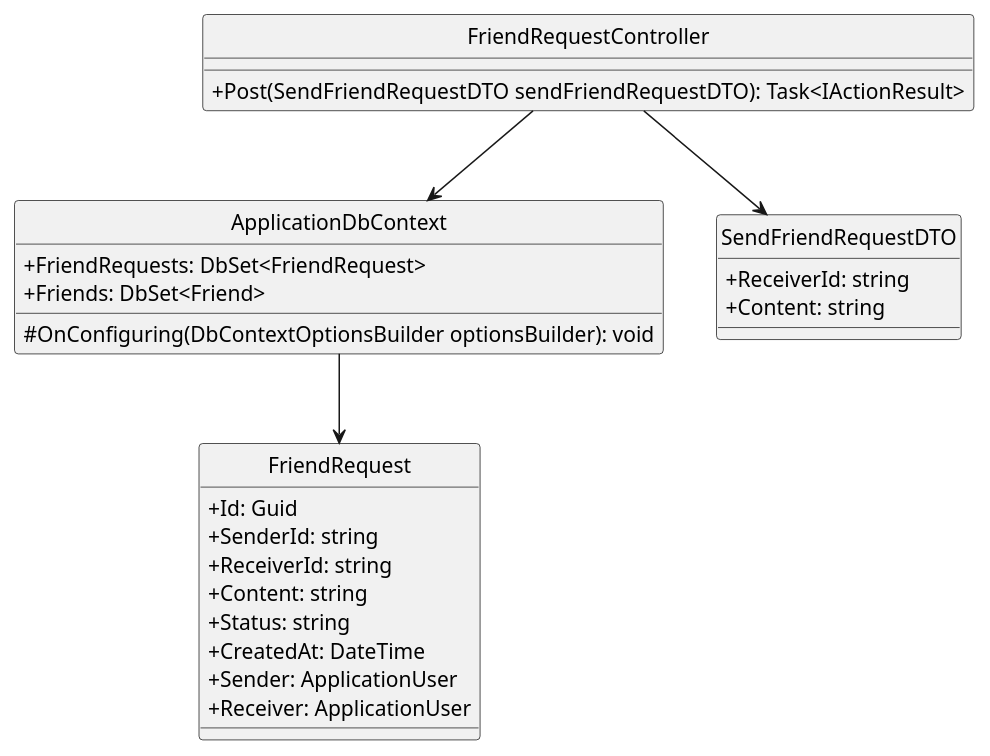
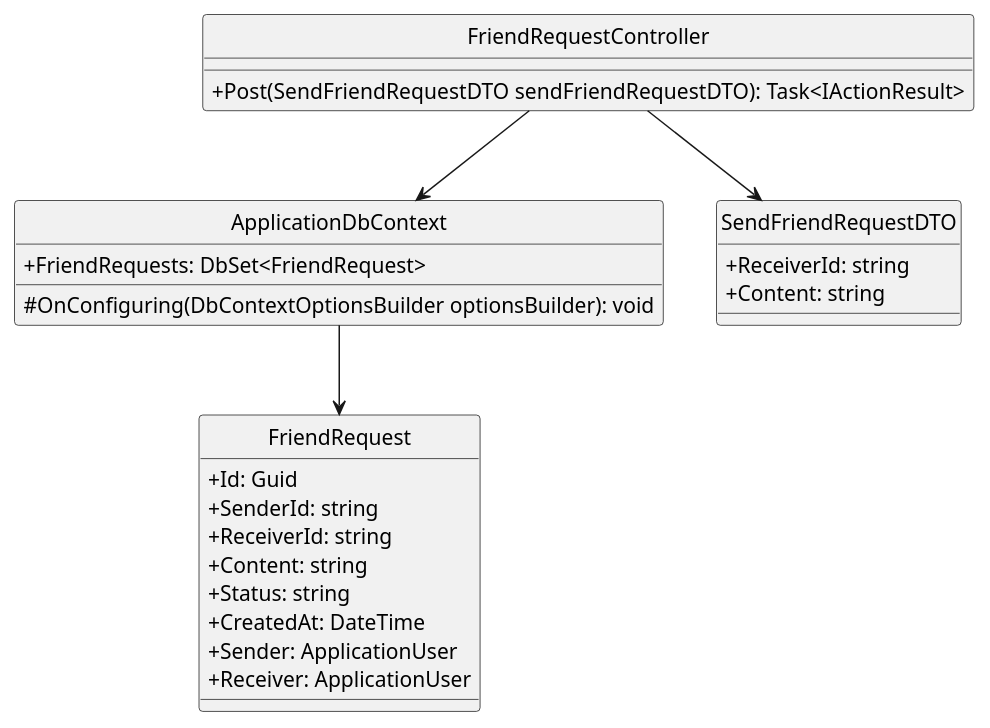
Before and after one commit to Carl-Johnsons/Chat-Application: the diagram in docs/Class Diagram/Identity/SendFriendRequest/ClassDiagram.plantuml, drawn with PlantUML. The commit also changed 11 other files, not shown here.

Commit message:
Complete Identity Service class Diagram

```diff
--- a/docs/Class Diagram/Identity/SendFriendRequest/ClassDiagram.plantuml
+++ b/docs/Class Diagram/Identity/SendFriendRequest/ClassDiagram.plantuml
@@ -1,34 +1,33 @@
 @startuml sendFriendRequest
 hide circle
 skinparam classAttributeIconSize 0
 class FriendRequestController {
     + Post(SendFriendRequestDTO sendFriendRequestDTO): Task<IActionResult>
 }
 
 class ApplicationDbContext {
     +FriendRequests: DbSet<FriendRequest> 
-    +Friends: DbSet<Friend> 
     #OnConfiguring(DbContextOptionsBuilder optionsBuilder): void
 }
 
 
 class SendFriendRequestDTO {
     +ReceiverId: string
     +Content: string
 }
 
 class FriendRequest {
     +Id: Guid
     +SenderId: string
     +ReceiverId: string
     +Content: string
     +Status: string
     +CreatedAt: DateTime
     +Sender: ApplicationUser
     +Receiver: ApplicationUser
 }
 
 FriendRequestController --> ApplicationDbContext
 FriendRequestController --> SendFriendRequestDTO
 ApplicationDbContext --> FriendRequest
 @enduml
```
